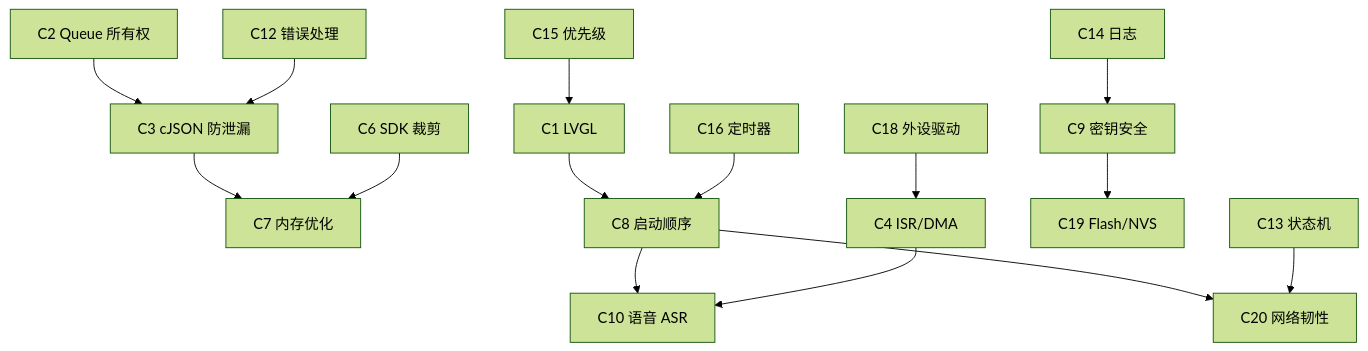
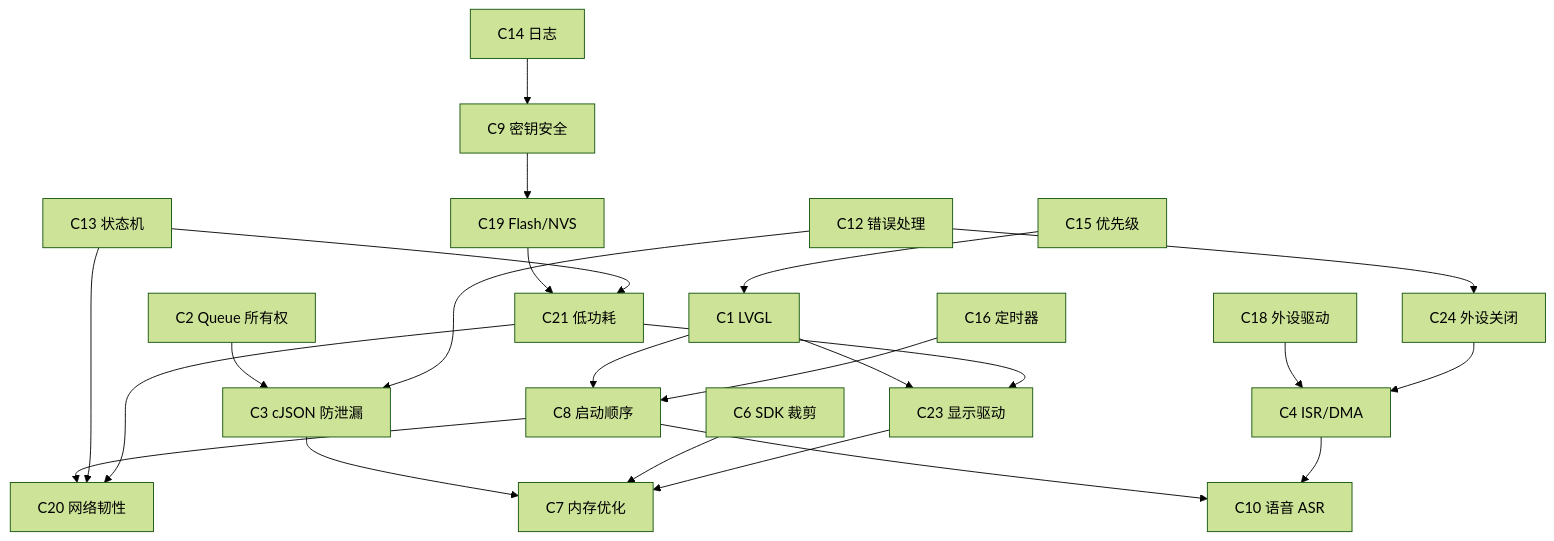
The diagram in freertos-skill-lite/references/constraint_graph.md (xuyalunyy-lgtm/rtos_lvgl_skill), drawn with Mermaid (forest theme) before and after one commit. The commit also changed other lines of this file and 59 other files, not shown here.

````diff
--- a/freertos-skill-lite/references/constraint_graph.md
+++ b/freertos-skill-lite/references/constraint_graph.md
@@ -11,17 +11,25 @@
 ```mermaid
 graph TD
     C2[ C2 Queue 所有权] --> C3[ C3 cJSON 防泄漏]
     C3 --> C7[ C7 内存优化]
     C6[ C6 SDK 裁剪] --> C7
     C8[ C8 启动顺序] --> C10[ C10 语音 ASR]
     C4[ C4 ISR/DMA] --> C10
     C9[ C9 密钥安全] --> C19[ C19 Flash/NVS]
     C8 --> C20[ C20 网络韧性]
     C1[ C1 LVGL 线程安全] --> C8
     C18[ C18 外设驱动] --> C4
     C15[ C15 优先级] --> C1[ C1 LVGL]
     C16[ C16 定时器] --> C8
     C12[ C12 错误处理] --> C3
     C13[ C13 状态机] --> C20
     C14[ C14 日志] --> C9
+    C19[ C19 Flash/NVS] --> C21[ C21 低功耗]
+    C21 --> C20
+    C13 --> C21
+    C1 --> C23[ C23 显示驱动]
+    C23 --> C7
+    C21 --> C23
+    C12[ C12 错误处理] --> C24[ C24 外设关闭]
+    C24 --> C4
 ```
````
